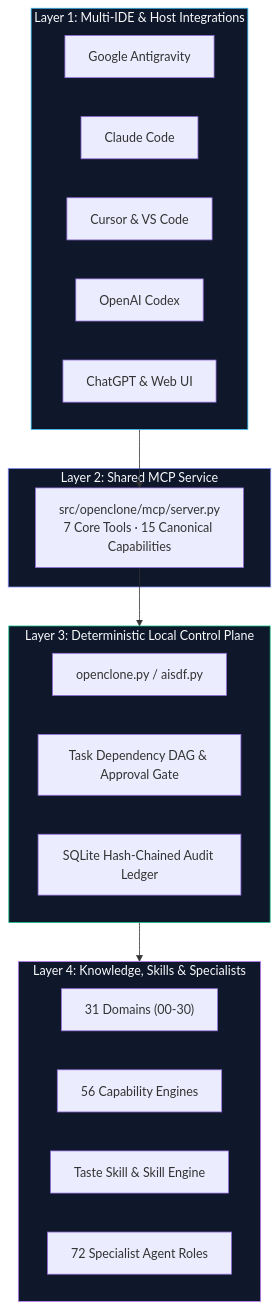
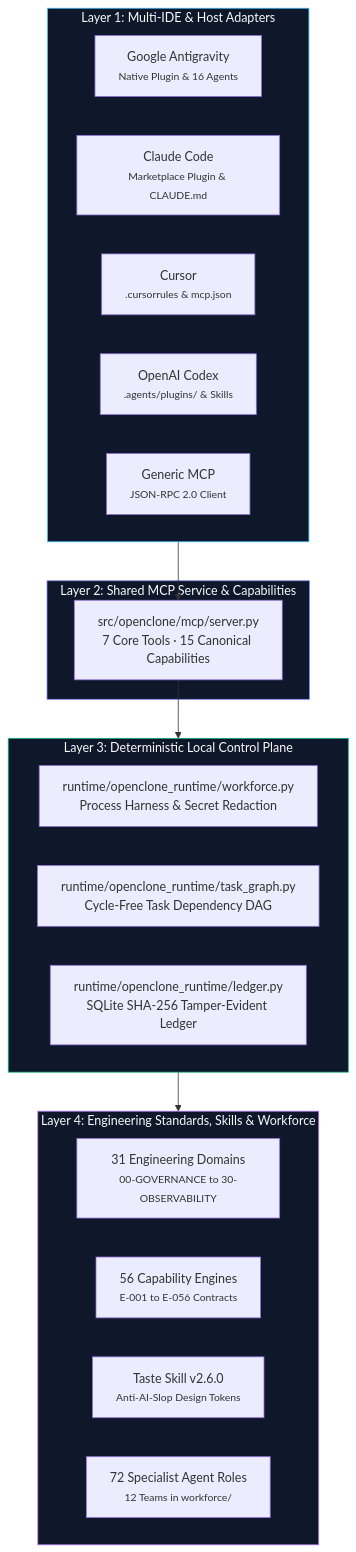
One commit to MK-1603/OpenClone changed the third of 6 diagrams in README.md. Above: the diagram before and after it, drawn with Mermaid. The commit also changed other lines of this file, not shown here.

Commit message:
docs(readme): global premium README upgrade with verified architecture, lifecycle, and engineering governance

````diff
--- a/README.md
+++ b/README.md
@@ -319,32 +223,36 @@
 ```mermaid
 flowchart TD
-    subgraph L1["Layer 1: Multi-IDE & Host Integrations"]
-        IDE1["Google Antigravity"]
-        IDE2["Claude Code"]
-        IDE3["Cursor & VS Code"]
-        IDE4["OpenAI Codex"]
-        IDE5["ChatGPT & Web UI"]
+    subgraph L1["Layer 1: Multi-IDE & Host Adapters"]
+        IDE1["Google Antigravity<br/><small>Native Plugin & 16 Agents</small>"]
+        IDE2["Claude Code<br/><small>Marketplace Plugin & CLAUDE.md</small>"]
+        IDE3["Cursor<br/><small>.cursorrules & mcp.json</small>"]
+        IDE4["OpenAI Codex<br/><small>.agents/plugins/ & Skills</small>"]
+        IDE5["Generic MCP<br/><small>JSON-RPC 2.0 Client</small>"]
     end
-    subgraph L2["Layer 2: Shared MCP Service"]
+
+    subgraph L2["Layer 2: Shared MCP Service & Capabilities"]
         MCP["src/openclone/mcp/server.py<br/>7 Core Tools · 15 Canonical Capabilities"]
     end
+
     subgraph L3["Layer 3: Deterministic Local Control Plane"]
-        CLI["openclone.py / aisdf.py"]
-        DAG["Task Dependency DAG & Approval Gate"]
-        DB["SQLite Hash-Chained Audit Ledger"]
+        HARNESS["runtime/openclone_runtime/workforce.py<br/>Process Harness & Secret Redaction"]
+        DAG["runtime/openclone_runtime/task_graph.py<br/>Cycle-Free Task Dependency DAG"]
+        LEDGER["runtime/openclone_runtime/ledger.py<br/>SQLite SHA-256 Tamper-Evident Ledger"]
     end
-    subgraph L4["Layer 4: Knowledge, Skills & Specialists"]
-        DOM["31 Domains (00-30)"]
-        ENG["56 Capability Engines"]
-        SKL["Taste Skill & Skill Engine"]
-        WRK["72 Specialist Agent Roles"]
+
+    subgraph L4["Layer 4: Engineering Standards, Skills & Workforce"]
+        DOM["31 Engineering Domains<br/><small>00-GOVERNANCE to 30-OBSERVABILITY</small>"]
+        ENG["56 Capability Engines<br/><small>E-001 to E-056 Contracts</small>"]
+        SKL["Taste Skill v2.6.0<br/><small>Anti-AI-Slop Design Tokens</small>"]
+        WRK["72 Specialist Agent Roles<br/><small>12 Teams in workforce/</small>"]
     end
+
     L1 --> MCP
     MCP --> L3
     L3 --> L4
 
     style L1 fill:#0f172a,stroke:#38bdf8,stroke-width:1px,color:#f8fafc
     style L2 fill:#0f172a,stroke:#818cf8,stroke-width:1px,color:#f8fafc
     style L3 fill:#0f172a,stroke:#10b981,stroke-width:1px,color:#f8fafc
     style L4 fill:#0f172a,stroke:#c084fc,stroke-width:1px,color:#f8fafc
 ```
````
